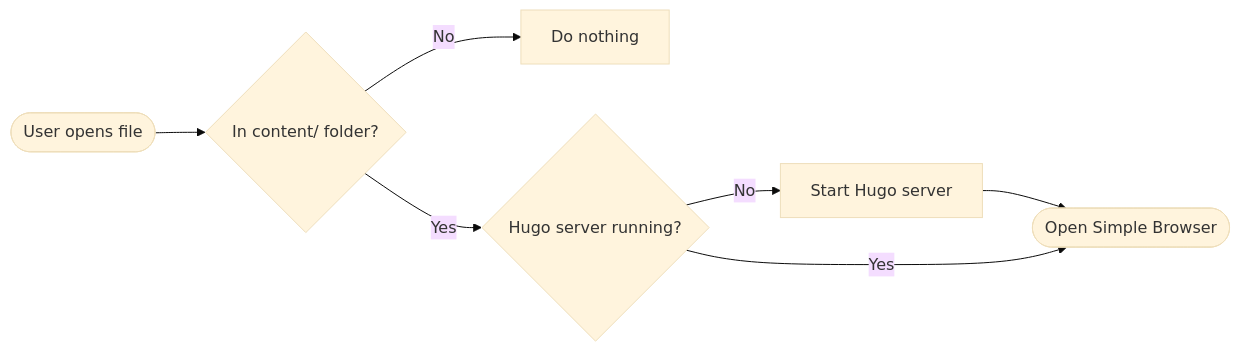
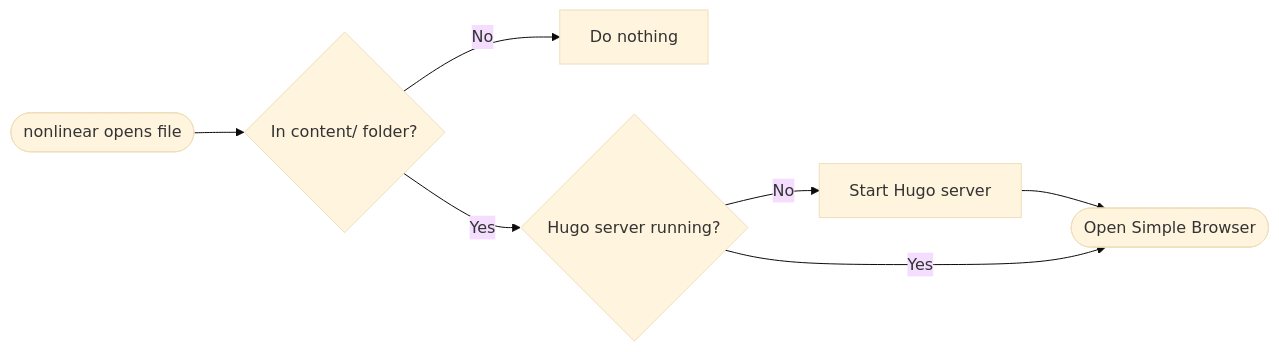
The first of 2 diagrams in content/tools/preview-in-browser.md (nonlinear/nonlinear.github.io), drawn with Mermaid (base theme) before and after one commit. The commit also changed other lines of this file and 15 other files, not shown here.

````diff
--- a/content/tools/preview-in-browser.md
+++ b/content/tools/preview-in-browser.md
@@ -22,9 +22,9 @@
 ```mermaid
 flowchart LR
-    A([User opens file]) --> B{In content/ folder?}
+    A([nonlinear opens file]) --> B{In content/ folder?}
     B -- No --> Z[Do nothing]
     B -- Yes --> C{Hugo server running?}
     C -- No --> D[Start Hugo server]
     D --> E([Open Simple Browser])
     C -- Yes --> E
 ```
````
